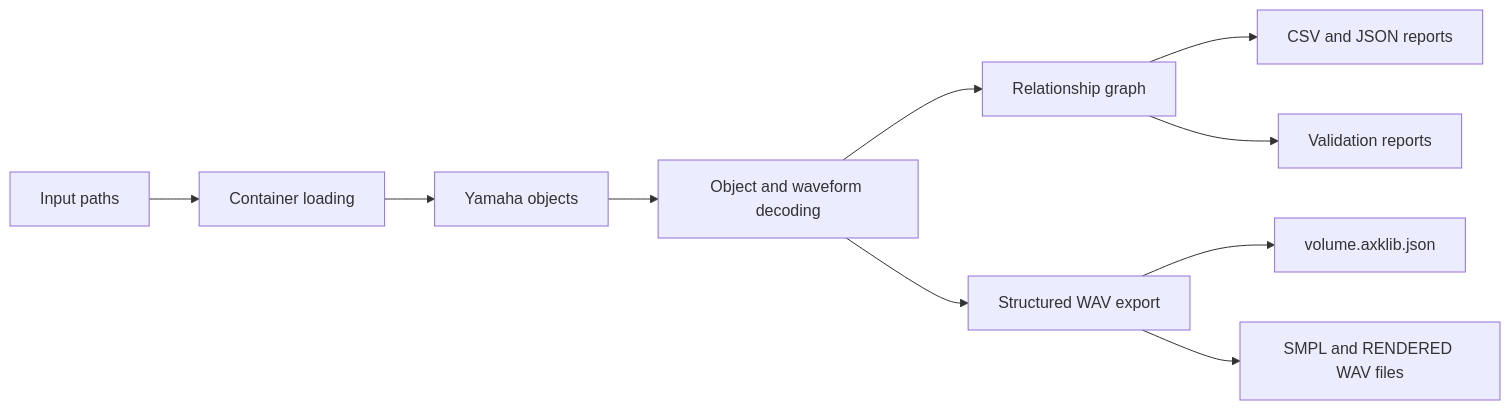
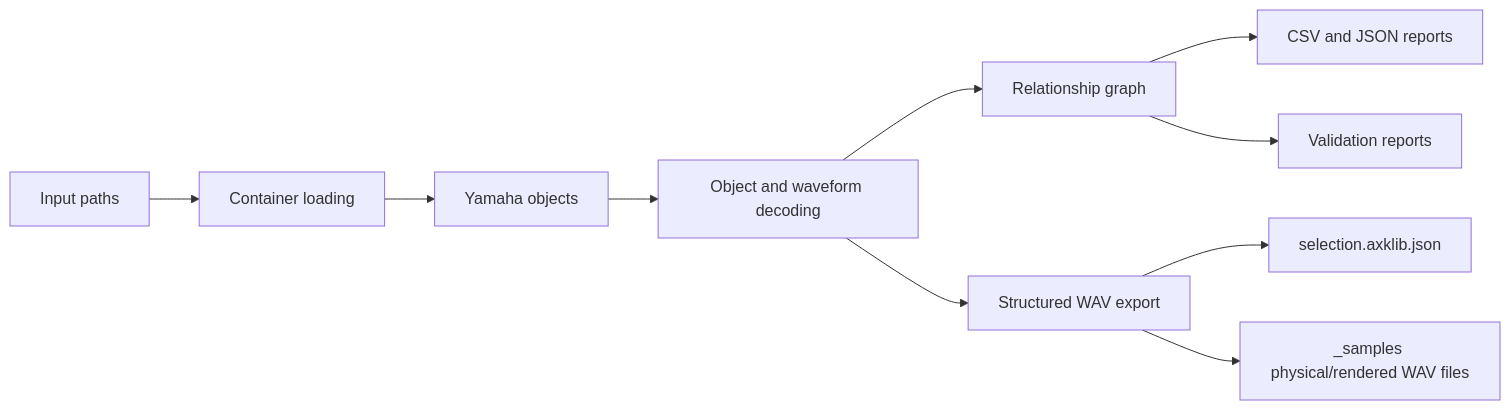
Before and after one commit to tphzz/axklib: the diagram in docs/architecture.md, drawn with Mermaid. The commit also changed other lines of this file and 29 other files, not shown here.

````diff
--- a/docs/architecture.md
+++ b/docs/architecture.md
@@ -34,12 +34,12 @@
 ```mermaid
 flowchart LR
     Paths[Input paths] --> Loading[Container loading]
     Loading --> Objects[Yamaha objects]
     Objects --> Decoding[Object and waveform decoding]
     Decoding --> Relationships[Relationship graph]
     Relationships --> Reports[CSV and JSON reports]
     Relationships --> Validation[Validation reports]
     Decoding --> Export[Structured WAV export]
-    Export --> Graph[volume.axklib.json]
-    Export --> WavFiles[SMPL and RENDERED WAV files]
+    Export --> Graph[selection.axklib.json]
+    Export --> WavFiles[_samples physical/rendered WAV files]
 ```
````
